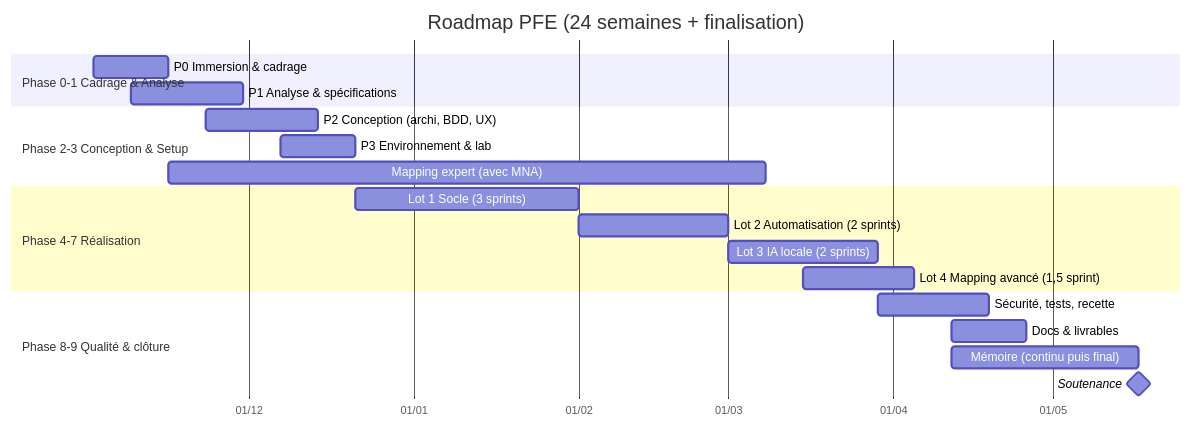
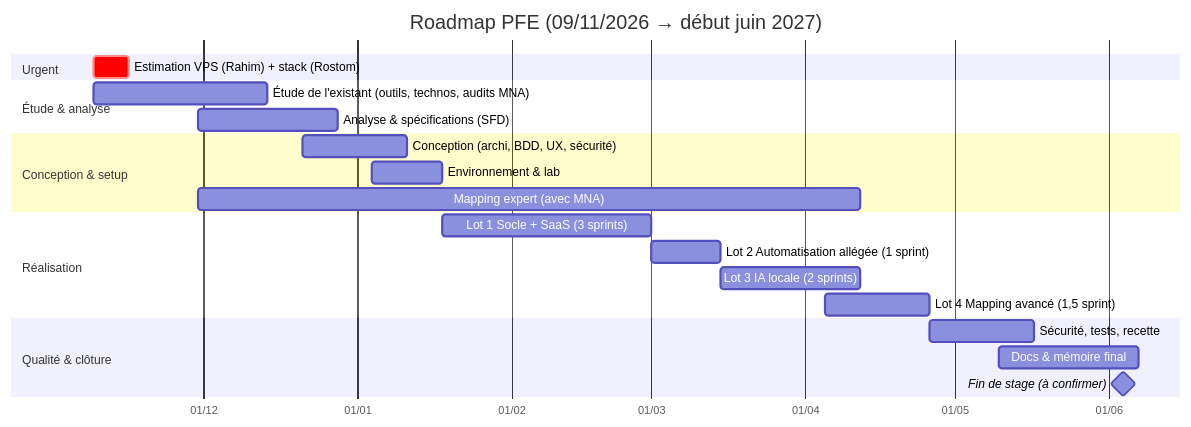
The diagram in 02_Plan_Roadmap.md (arixstoo/PFE), drawn with Mermaid before and after one commit. The commit also changed other lines of this file and 21 other files, not shown here.

````diff
--- a/02_Plan_Roadmap.md
+++ b/02_Plan_Roadmap.md
@@ -39,23 +48,24 @@
 ```mermaid
 gantt
-    title Roadmap PFE (24 semaines + finalisation)
+    title Roadmap PFE (09/11/2026 → début juin 2027)
     dateFormat  YYYY-MM-DD
     axisFormat  %d/%m
-    section Phase 0-1 Cadrage & Analyse
-    P0 Immersion & cadrage            :p0, 2026-11-02, 2w
-    P1 Analyse & spécifications       :p1, 2026-11-09, 3w
-    section Phase 2-3 Conception & Setup
-    P2 Conception (archi, BDD, UX)    :p2, 2026-11-23, 3w
-    P3 Environnement & lab            :p3, 2026-12-07, 2w
-    Mapping expert (avec MNA)         :map, 2026-11-16, 16w
-    section Phase 4-7 Réalisation
-    Lot 1 Socle (3 sprints)           :l1, 2026-12-21, 6w
-    Lot 2 Automatisation (2 sprints)  :l2, 2027-02-01, 4w
-    Lot 3 IA locale (2 sprints)       :l3, 2027-03-01, 4w
-    Lot 4 Mapping avancé (1,5 sprint) :l4, 2027-03-15, 3w
-    section Phase 8-9 Qualité & clôture
-    Sécurité, tests, recette          :p8, 2027-03-29, 3w
-    Docs & livrables                  :p9, 2027-04-12, 2w
-    Mémoire (continu puis final)      :mem, 2027-04-12, 5w
-    Soutenance                        :milestone, 2027-05-17, 0d
+    section Urgent
+    Estimation VPS (Rahim) + stack (Rostom) :crit, urg, 2026-11-09, 1w
+    section Étude & analyse
+    Étude de l'existant (outils, technos, audits MNA) :p1, 2026-11-09, 5w
+    Analyse & spécifications (SFD)    :p2, 2026-11-30, 4w
+    section Conception & setup
+    Conception (archi, BDD, UX, sécurité) :p3, 2026-12-21, 3w
+    Environnement & lab               :p4, 2027-01-04, 2w
+    Mapping expert (avec MNA)         :map, 2026-11-30, 19w
+    section Réalisation
+    Lot 1 Socle + SaaS (3 sprints)    :l1, 2027-01-18, 6w
+    Lot 2 Automatisation allégée (1 sprint) :l2, 2027-03-01, 2w
+    Lot 3 IA locale (2 sprints)       :l3, 2027-03-15, 4w
+    Lot 4 Mapping avancé (1,5 sprint) :l4, 2027-04-05, 3w
+    section Qualité & clôture
+    Sécurité, tests, recette          :p8, 2027-04-26, 3w
+    Docs & mémoire final              :p9, 2027-05-10, 4w
+    Fin de stage (à confirmer)        :milestone, 2027-06-04, 0d
 ```
````
